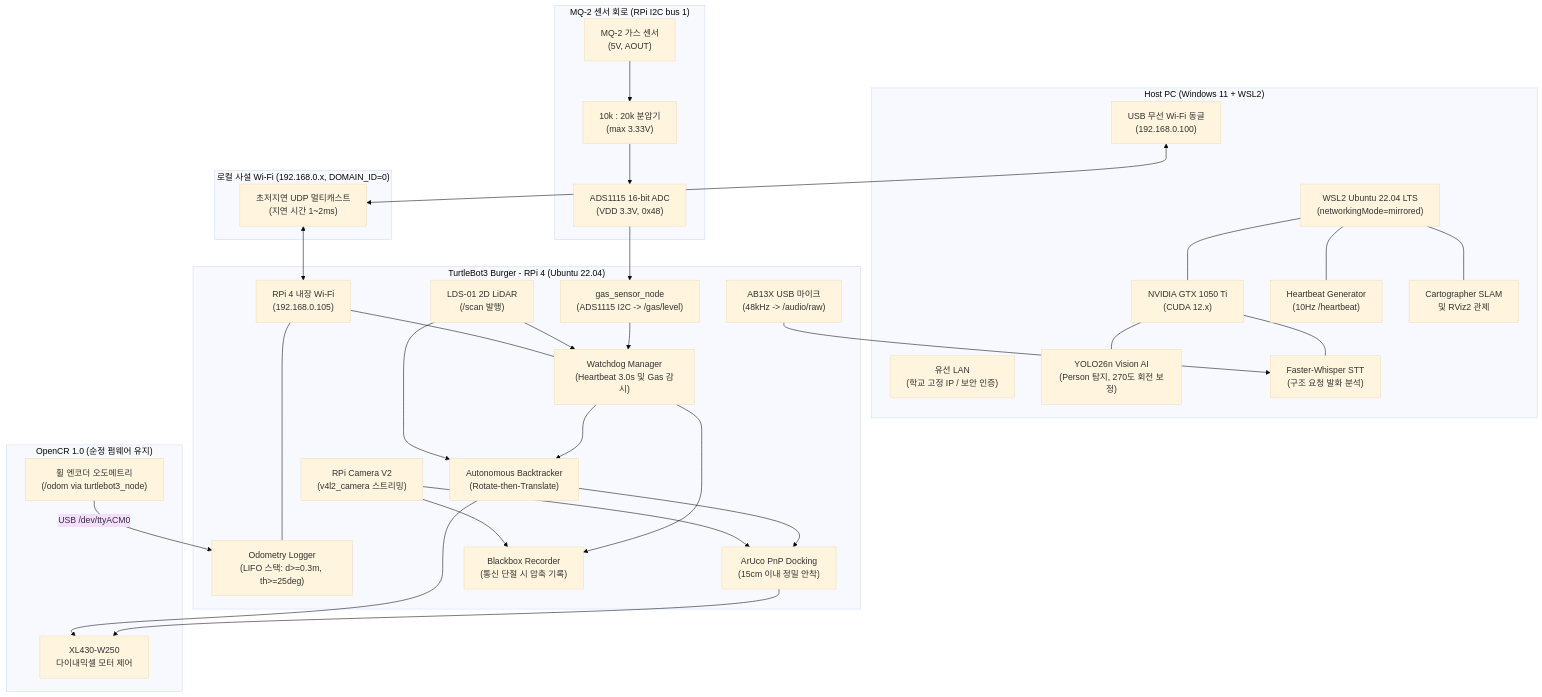
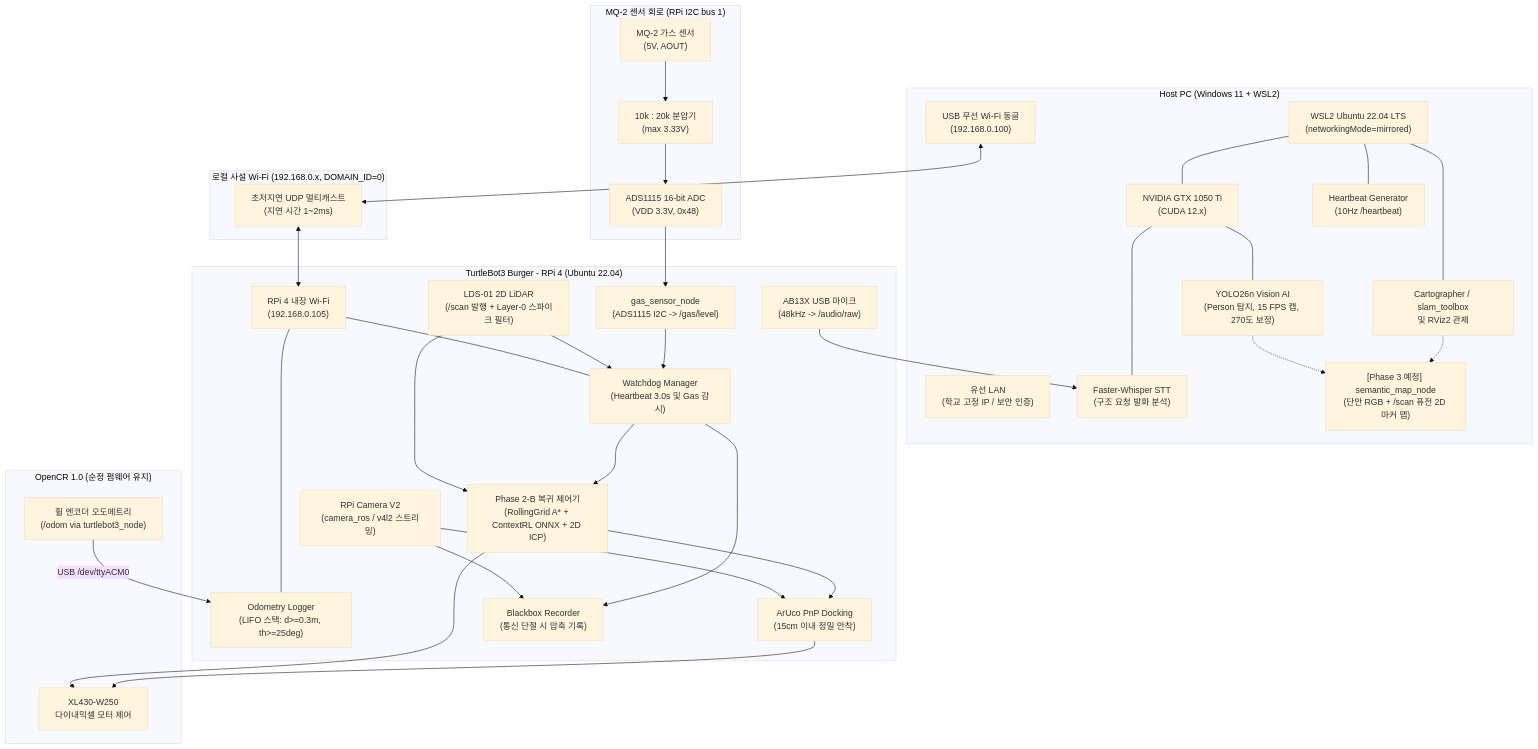
The first of 2 diagrams in docs/DISASTER_RECOVERY_GUIDEBOOK.md (rjw136-lab/disaster_recovery_ws), drawn with Mermaid (base theme) before and after one commit. The commit also changed other lines of this file, not shown here.

Commit message:
docs: update DISASTER_RECOVERY_GUIDEBOOK with Phase 2-B architecture and Phase 3 roadmap

````diff
--- a/docs/DISASTER_RECOVERY_GUIDEBOOK.md
+++ b/docs/DISASTER_RECOVERY_GUIDEBOOK.md
@@ -41,65 +48,68 @@
 ```mermaid
 flowchart TD
     subgraph Host_PC ["Host PC (Windows 11 + WSL2)"]
         NIC1["유선 LAN<br/>(학교 고정 IP / 보안 인증)"]
         NIC2["USB 무선 Wi-Fi 동글<br/>(192.168.0.100)"]
         WSL["WSL2 Ubuntu 22.04 LTS<br/>(networkingMode=mirrored)"]
         GPU["NVIDIA GTX 1050 Ti<br/>(CUDA 12.x)"]
-        AI1["YOLO26n Vision AI<br/>(Person 탐지, 270도 회전 보정)"]
+        AI1["YOLO26n Vision AI<br/>(Person 탐지, 15 FPS 캡, 270도 보정)"]
         AI2["Faster-Whisper STT<br/>(구조 요청 발화 분석)"]
         HB["Heartbeat Generator<br/>(10Hz /heartbeat)"]
-        SLAM["Cartographer SLAM<br/>및 RViz2 관제"]
+        SLAM["Cartographer / slam_toolbox<br/>및 RViz2 관제"]
+        SEM["[Phase 3 예정] semantic_map_node<br/>(단안 RGB + /scan 퓨전 2D 마커 맵)"]
     end
 
     subgraph Network ["로컬 사설 Wi-Fi (192.168.0.x, DOMAIN_ID=0)"]
         UDP["초저지연 UDP 멀티캐스트<br/>(지연 시간 1~2ms)"]
     end
 
     subgraph Robot_RPi ["TurtleBot3 Burger - RPi 4 (Ubuntu 22.04)"]
         WIFI_RPI["RPi 4 내장 Wi-Fi<br/>(192.168.0.105)"]
-        LDS["LDS-01 2D LiDAR<br/>(/scan 발행)"]
-        CAM["RPi Camera V2<br/>(v4l2_camera 스트리밍)"]
+        LDS["LDS-01 2D LiDAR<br/>(/scan 발행 + Layer-0 스파이크 필터)"]
+        CAM["RPi Camera V2<br/>(camera_ros / v4l2 스트리밍)"]
         MIC["AB13X USB 마이크<br/>(48kHz -> /audio/raw)"]
         WLOG["Odometry Logger<br/>(LIFO 스택: d>=0.3m, th>=25deg)"]
         WDOG["Watchdog Manager<br/>(Heartbeat 3.0s 및 Gas 감시)"]
-        BTRK["Autonomous Backtracker<br/>(Rotate-then-Translate)"]
+        BTRK["Phase 2-B 복귀 제어기<br/>(RollingGrid A* + ContextRL ONNX + 2D ICP)"]
         ARUCO["ArUco PnP Docking<br/>(15cm 이내 정밀 안착)"]
         BBOX["Blackbox Recorder<br/>(통신 단절 시 압축 기록)"]
         GAS["gas_sensor_node<br/>(ADS1115 I2C -> /gas/level)"]
     end
 
     subgraph Sensor_Board ["MQ-2 센서 회로 (RPi I2C bus 1)"]
         MQ2["MQ-2 가스 센서<br/>(5V, AOUT)"]
         DIV["10k : 20k 분압기<br/>(max 3.33V)"]
         ADS["ADS1115 16-bit ADC<br/>(VDD 3.3V, 0x48)"]
     end
 
     subgraph Robot_OpenCR ["OpenCR 1.0 (순정 펌웨어 유지)"]
         DYNAMIXEL["XL430-W250<br/>다이내믹셀 모터 제어"]
         ENC["휠 엔코더 오도메트리<br/>(/odom via turtlebot3_node)"]
     end
 
     NIC2 <--> UDP
     UDP <--> WIFI_RPI
     WSL --- GPU
     GPU --- AI1
     GPU --- AI2
     WSL --- HB
     WSL --- SLAM
+    AI1 -.-> SEM
+    SLAM -.-> SEM
 
     WIFI_RPI --- WLOG
     WIFI_RPI --- WDOG
     LDS --> WDOG
     LDS --> BTRK
     CAM --> ARUCO
     CAM --> BBOX
     MIC --> AI2
     WDOG --> BTRK
     BTRK --> ARUCO
     WDOG --> BBOX
 
     MQ2 --> DIV --> ADS --> GAS --> WDOG
     ENC -- "USB /dev/ttyACM0" --> WLOG
     BTRK --> DYNAMIXEL
     ARUCO --> DYNAMIXEL
 ```
````
